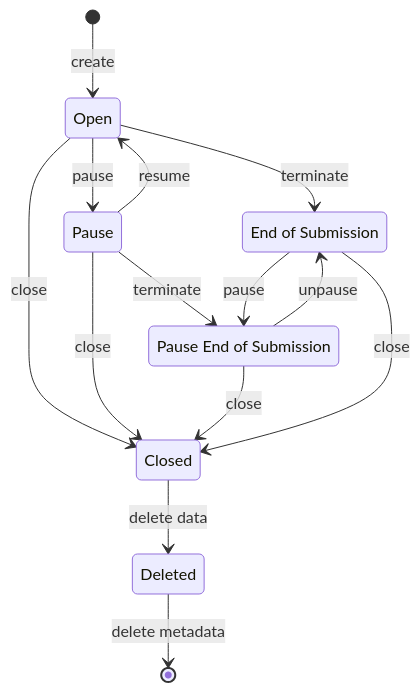
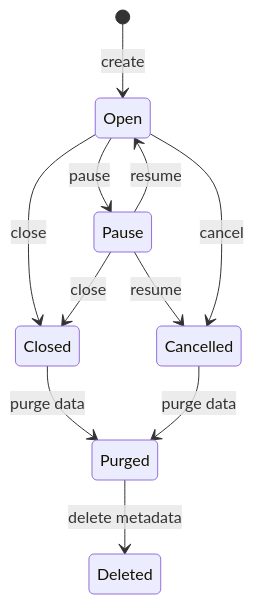
Before and after one commit to aneoconsulting/ArmoniK.Governance: the diagram in AEP/aep-00003.md, drawn with Mermaid. The commit also changed other lines of this file, not shown here.

````diff
--- a/AEP/aep-00003.md
+++ b/AEP/aep-00003.md
@@ -45,18 +44,13 @@
 ```mermaid
 stateDiagram-v2
-    EOS: End of Submission
-    PEOS: Pause End of Submission
     [*] --> Open : create
     Open --> Pause : pause
     Pause --> Open : resume
-    Open --> EOS : terminate
+    Pause --> Cancelled : resume
     Open --> Closed : close
+    Open --> Cancelled : cancel
     Pause --> Closed : close
-    Pause --> PEOS : terminate
-    EOS --> PEOS : pause
-    PEOS --> EOS : unpause
-    PEOS --> Closed : close
-    EOS --> Closed : close
-    Closed --> Deleted : delete data
-    Deleted --> [*] : delete metadata
+    Closed --> Purged : purge data
+    Cancelled --> Purged : purge data
+    Purged --> Deleted : delete metadata
 ```
````
